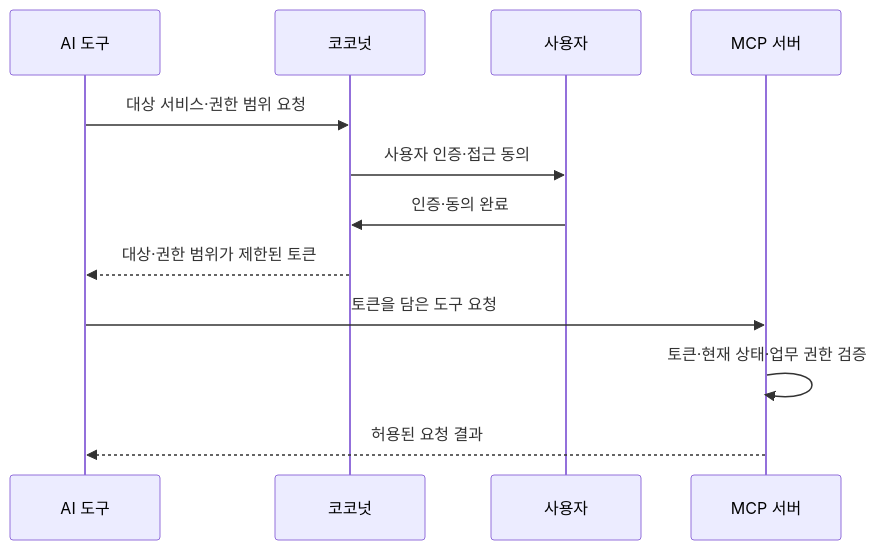
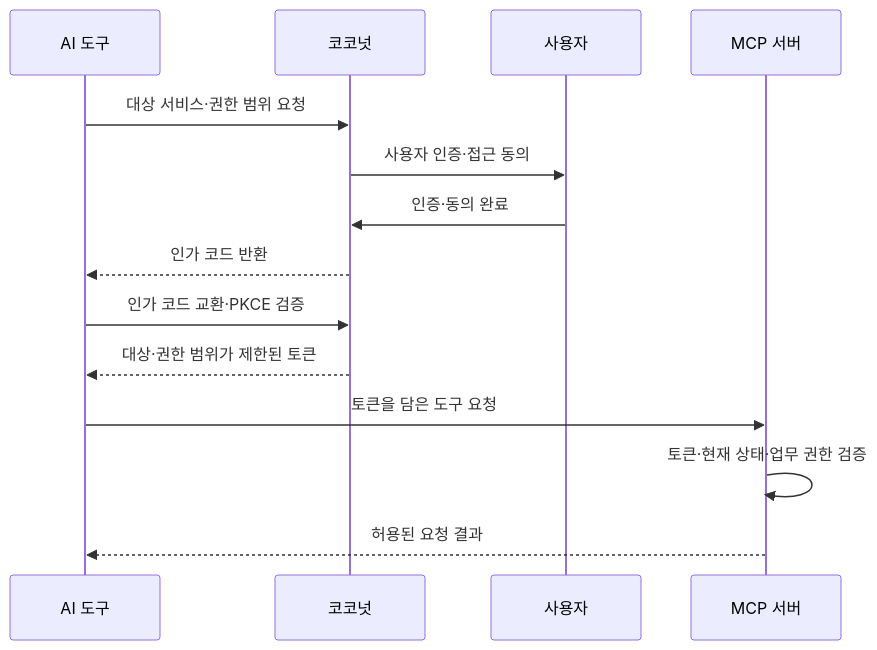
The third of 4 diagrams in docs/coconut-updates.md (fourberry/home), drawn with Mermaid before and after one commit. The commit also changed other lines of this file and 2 other files, not shown here.

````diff
--- a/docs/coconut-updates.md
+++ b/docs/coconut-updates.md
@@ -59,14 +77,16 @@
 ```mermaid
 sequenceDiagram
     participant T as AI 도구
     participant C as 코코넛
     participant U as 사용자
     participant M as MCP 서버
     T->>C: 대상 서비스·권한 범위 요청
     C->>U: 사용자 인증·접근 동의
     U->>C: 인증·동의 완료
+    C-->>T: 인가 코드 반환
+    T->>C: 인가 코드 교환·PKCE 검증
     C-->>T: 대상·권한 범위가 제한된 토큰
     T->>M: 토큰을 담은 도구 요청
     M->>M: 토큰·현재 상태·업무 권한 검증
     M-->>T: 허용된 요청 결과
 ```
````
